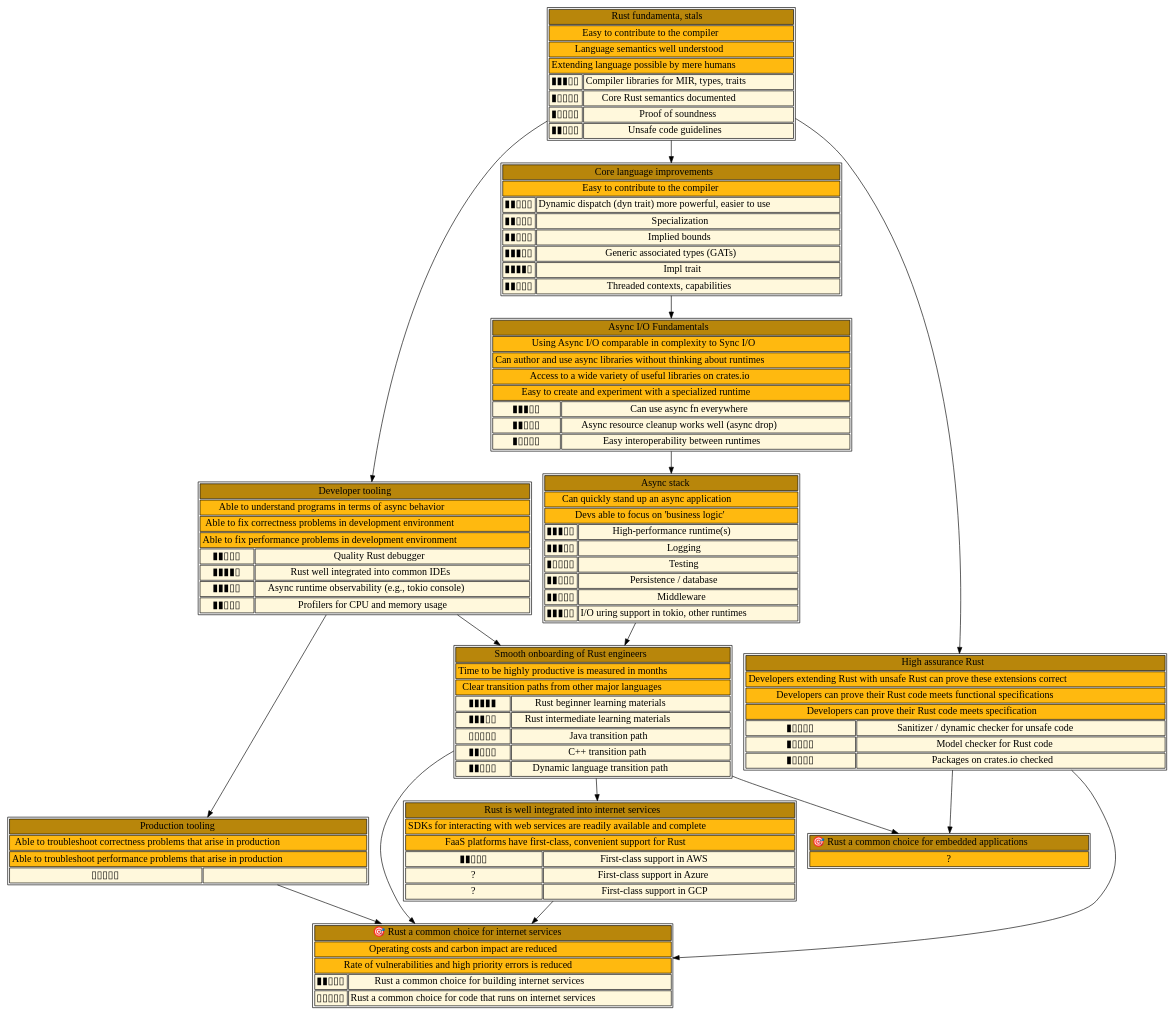
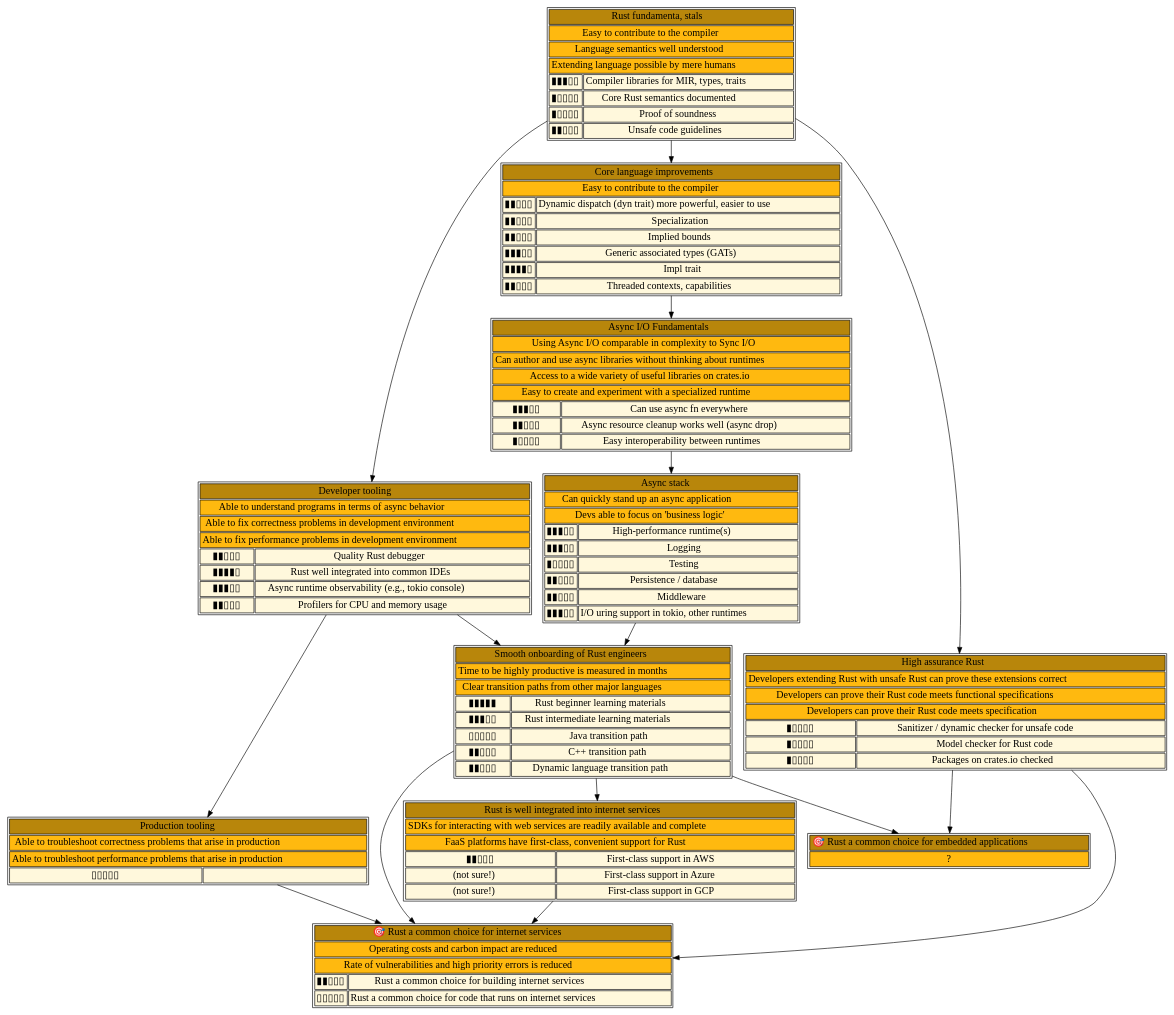
One commit to nikomatsakis/rust-skill-tree changed the diagram in rvd.dot. Above: the diagram before and after it, drawn with Graphviz. The commit also changed 7 other files, not shown here.

```diff
--- a/rvd.dot
+++ b/rvd.dot
@@ -1,159 +1,159 @@
 digraph g {
 graph [ rankdir = "TD" ];
 node [ fontsize="16", shape = "ellipse" ];
 edge [ ];
 "fundamentals" [
   label = <<table>
     <tr><td bgcolor="darkgoldenrod" colspan="2">Rust fundamenta, stals</td></tr>
     <tr><td bgcolor="darkgoldenrod1" colspan="2">Easy to contribute to the compiler</td></tr>
     <tr><td bgcolor="darkgoldenrod1" colspan="2">Language semantics well understood</td></tr>
     <tr><td bgcolor="darkgoldenrod1" colspan="2">Extending language possible by mere humans</td></tr>
     <tr><td bgcolor="cornsilk">▮▮▮▯▯</td><td bgcolor="cornsilk">Compiler libraries for MIR, types, traits</td></tr>
     <tr><td bgcolor="cornsilk">▮▯▯▯▯</td><td bgcolor="cornsilk">Core Rust semantics documented</td></tr>
     <tr><td bgcolor="cornsilk">▮▯▯▯▯</td><td bgcolor="cornsilk">Proof of soundness</td></tr>
     <tr><td bgcolor="cornsilk">▮▮▯▯▯</td><td bgcolor="cornsilk">Unsafe code guidelines</td></tr>
   </table>>
   shape = "none"
   margin = 0
 ]
 "core-lang" [
   label = <<table>
     <tr><td bgcolor="darkgoldenrod" colspan="2">Core language improvements</td></tr>
     <tr><td bgcolor="darkgoldenrod1" colspan="2">Easy to contribute to the compiler</td></tr>
     <tr><td bgcolor="cornsilk">▮▮▯▯▯</td><td bgcolor="cornsilk">Dynamic dispatch (dyn trait) more powerful, easier to use</td></tr>
     <tr><td bgcolor="cornsilk">▮▮▯▯▯</td><td bgcolor="cornsilk">Specialization</td></tr>
     <tr><td bgcolor="cornsilk">▮▮▯▯▯</td><td bgcolor="cornsilk">Implied bounds</td></tr>
     <tr><td bgcolor="cornsilk">▮▮▮▯▯</td><td bgcolor="cornsilk">Generic associated types (GATs)</td></tr>
     <tr><td bgcolor="cornsilk">▮▮▮▮▯</td><td bgcolor="cornsilk">Impl trait</td></tr>
     <tr><td bgcolor="cornsilk">▮▮▯▯▯</td><td bgcolor="cornsilk">Threaded contexts, capabilities</td></tr>
   </table>>
   shape = "none"
   margin = 0
 ]
 "async-lang" [
   label = <<table>
     <tr><td bgcolor="darkgoldenrod" colspan="2">Async I/O Fundamentals</td></tr>
     <tr><td bgcolor="darkgoldenrod1" colspan="2">Using Async I/O comparable in complexity to Sync I/O</td></tr>
     <tr><td bgcolor="darkgoldenrod1" colspan="2">Can author and use async libraries without thinking about runtimes</td></tr>
     <tr><td bgcolor="darkgoldenrod1" colspan="2">Access to a wide variety of useful libraries on crates.io</td></tr>
     <tr><td bgcolor="darkgoldenrod1" colspan="2">Easy to create and experiment with a specialized runtime</td></tr>
     <tr><td bgcolor="cornsilk">▮▮▮▯▯</td><td bgcolor="cornsilk">Can use async fn everywhere</td></tr>
     <tr><td bgcolor="cornsilk">▮▮▯▯▯</td><td bgcolor="cornsilk">Async resource cleanup works well (async drop)</td></tr>
     <tr><td bgcolor="cornsilk">▮▯▯▯▯</td><td bgcolor="cornsilk">Easy interoperability between runtimes</td></tr>
   </table>>
   shape = "none"
   margin = 0
 ]
 "async-stack" [
   label = <<table>
     <tr><td bgcolor="darkgoldenrod" colspan="2">Async stack</td></tr>
     <tr><td bgcolor="darkgoldenrod1" colspan="2">Can quickly stand up an async application</td></tr>
     <tr><td bgcolor="darkgoldenrod1" colspan="2">Devs able to focus on 'business logic'</td></tr>
     <tr><td bgcolor="cornsilk">▮▮▮▯▯</td><td bgcolor="cornsilk">High-performance runtime(s)</td></tr>
     <tr><td bgcolor="cornsilk">▮▮▮▯▯</td><td bgcolor="cornsilk">Logging</td></tr>
     <tr><td bgcolor="cornsilk">▮▯▯▯▯</td><td bgcolor="cornsilk">Testing</td></tr>
     <tr><td bgcolor="cornsilk">▮▮▯▯▯</td><td bgcolor="cornsilk">Persistence / database</td></tr>
     <tr><td bgcolor="cornsilk">▮▮▯▯▯</td><td bgcolor="cornsilk">Middleware</td></tr>
     <tr><td bgcolor="cornsilk">▮▮▮▯▯</td><td bgcolor="cornsilk">I/O uring support in tokio, other runtimes</td></tr>
   </table>>
   shape = "none"
   margin = 0
 ]
 "onboarding-time" [
   label = <<table>
     <tr><td bgcolor="darkgoldenrod" colspan="2">Smooth onboarding of Rust engineers</td></tr>
     <tr><td bgcolor="darkgoldenrod1" colspan="2">Time to be highly productive is measured in months</td></tr>
     <tr><td bgcolor="darkgoldenrod1" colspan="2">Clear transition paths from other major languages</td></tr>
     <tr><td bgcolor="cornsilk">▮▮▮▮▮</td><td bgcolor="cornsilk">Rust beginner learning materials</td></tr>
     <tr><td bgcolor="cornsilk">▮▮▮▯▯</td><td bgcolor="cornsilk">Rust intermediate learning materials</td></tr>
     <tr><td bgcolor="cornsilk">▯▯▯▯▯</td><td bgcolor="cornsilk">Java transition path</td></tr>
     <tr><td bgcolor="cornsilk">▮▮▯▯▯</td><td bgcolor="cornsilk">C++ transition path</td></tr>
     <tr><td bgcolor="cornsilk">▮▮▯▯▯</td><td bgcolor="cornsilk">Dynamic language transition path</td></tr>
   </table>>
   shape = "none"
   margin = 0
 ]
 "dev-tooling" [
   label = <<table>
     <tr><td bgcolor="darkgoldenrod" colspan="2">Developer tooling</td></tr>
     <tr><td bgcolor="darkgoldenrod1" colspan="2">Able to understand programs in terms of async behavior</td></tr>
     <tr><td bgcolor="darkgoldenrod1" colspan="2">Able to fix correctness problems in development environment</td></tr>
     <tr><td bgcolor="darkgoldenrod1" colspan="2">Able to fix performance problems in development environment</td></tr>
     <tr><td bgcolor="cornsilk">▮▮▯▯▯</td><td bgcolor="cornsilk">Quality Rust debugger</td></tr>
     <tr><td bgcolor="cornsilk">▮▮▮▮▯</td><td bgcolor="cornsilk">Rust well integrated into common IDEs</td></tr>
     <tr><td bgcolor="cornsilk">▮▮▮▯▯</td><td bgcolor="cornsilk">Async runtime observability (e.g., tokio console)</td></tr>
     <tr><td bgcolor="cornsilk">▮▮▯▯▯</td><td bgcolor="cornsilk">Profilers for CPU and memory usage</td></tr>
   </table>>
   shape = "none"
   margin = 0
 ]
 "prod-tooling" [
   label = <<table>
     <tr><td bgcolor="darkgoldenrod" colspan="2">Production tooling</td></tr>
     <tr><td bgcolor="darkgoldenrod1" colspan="2">Able to troubleshoot correctness problems that arise in production</td></tr>
     <tr><td bgcolor="darkgoldenrod1" colspan="2">Able to troubleshoot performance problems that arise in production</td></tr>
     <tr><td bgcolor="cornsilk">▯▯▯▯▯</td><td bgcolor="cornsilk"></td></tr>
   </table>>
   shape = "none"
   margin = 0
 ]
 "high-assurance" [
   label = <<table>
     <tr><td bgcolor="darkgoldenrod" colspan="2">High assurance Rust</td></tr>
     <tr><td bgcolor="darkgoldenrod1" colspan="2">Developers extending Rust with unsafe Rust can prove these extensions correct</td></tr>
     <tr><td bgcolor="darkgoldenrod1" colspan="2">Developers can prove their Rust code meets functional specifications</td></tr>
     <tr><td bgcolor="darkgoldenrod1" colspan="2">Developers can prove their Rust code meets specification</td></tr>
     <tr><td bgcolor="cornsilk">▮▯▯▯▯</td><td bgcolor="cornsilk">Sanitizer / dynamic checker for unsafe code</td></tr>
     <tr><td bgcolor="cornsilk">▮▯▯▯▯</td><td bgcolor="cornsilk">Model checker for Rust code</td></tr>
     <tr><td bgcolor="cornsilk">▮▯▯▯▯</td><td bgcolor="cornsilk">Packages on crates.io checked</td></tr>
   </table>>
   shape = "none"
   margin = 0
 ]
 "well-integrated-into-internet-services" [
   label = <<table>
     <tr><td bgcolor="darkgoldenrod" colspan="2">Rust is well integrated into internet services</td></tr>
     <tr><td bgcolor="darkgoldenrod1" colspan="2">SDKs for interacting with web services are readily available and complete</td></tr>
     <tr><td bgcolor="darkgoldenrod1" colspan="2">FaaS platforms have first-class, convenient support for Rust</td></tr>
     <tr><td bgcolor="cornsilk">▮▮▯▯▯</td><td bgcolor="cornsilk">First-class support in AWS</td></tr>
-    <tr><td bgcolor="cornsilk">?</td><td bgcolor="cornsilk">First-class support in Azure</td></tr>
-    <tr><td bgcolor="cornsilk">?</td><td bgcolor="cornsilk">First-class support in GCP</td></tr>
+    <tr><td bgcolor="cornsilk">(not sure!)</td><td bgcolor="cornsilk">First-class support in Azure</td></tr>
+    <tr><td bgcolor="cornsilk">(not sure!)</td><td bgcolor="cornsilk">First-class support in GCP</td></tr>
   </table>>
   shape = "none"
   margin = 0
 ]
 "goal-internet-services" [
   label = <<table>
     <tr><td bgcolor="darkgoldenrod" colspan="2">🎯 Rust a common choice for internet services</td></tr>
     <tr><td bgcolor="darkgoldenrod1" colspan="2">Operating costs and carbon impact are reduced</td></tr>
     <tr><td bgcolor="darkgoldenrod1" colspan="2">Rate of vulnerabilities and high priority errors is reduced</td></tr>
     <tr><td bgcolor="cornsilk">▮▮▯▯▯</td><td bgcolor="cornsilk">Rust a common choice for building internet services</td></tr>
     <tr><td bgcolor="cornsilk">▯▯▯▯▯</td><td bgcolor="cornsilk">Rust a common choice for code that runs on internet services</td></tr>
   </table>>
   shape = "none"
   margin = 0
 ]
 "goal-embedded" [
   label = <<table>
     <tr><td bgcolor="darkgoldenrod" colspan="2">🎯 Rust a common choice for embedded applications</td></tr>
     <tr><td bgcolor="darkgoldenrod1" colspan="2">?</td></tr>
   </table>>
   shape = "none"
   margin = 0
 ]
 "fundamentals" -> "core-lang";
 "core-lang" -> "async-lang";
 "async-lang" -> "async-stack";
 "dev-tooling" -> "onboarding-time";
 "async-stack" -> "onboarding-time";
 "fundamentals" -> "dev-tooling";
 "dev-tooling" -> "prod-tooling";
 "fundamentals" -> "high-assurance";
 "onboarding-time" -> "well-integrated-into-internet-services";
 "onboarding-time" -> "goal-internet-services";
 "well-integrated-into-internet-services" -> "goal-internet-services";
 "prod-tooling" -> "goal-internet-services";
 "high-assurance" -> "goal-internet-services";
 "onboarding-time" -> "goal-embedded";
 "high-assurance" -> "goal-embedded";
 }
```
